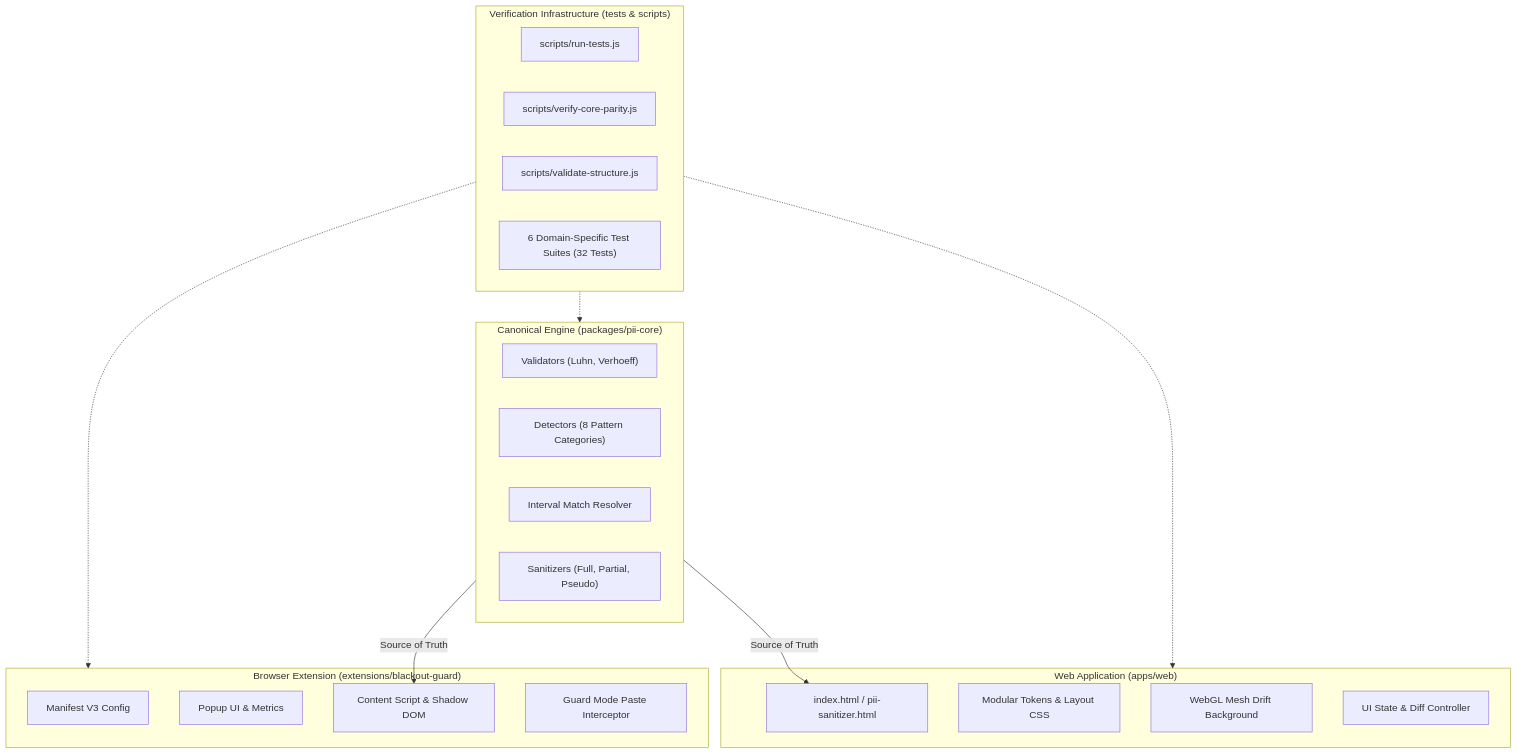
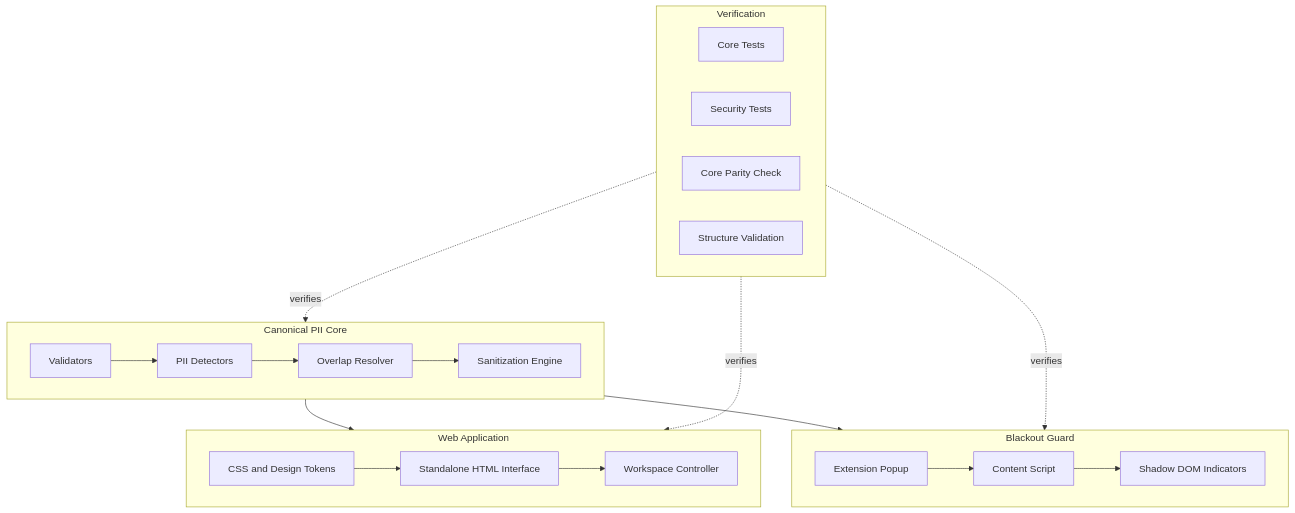
The third of 4 diagrams in README.md (shreyash-bhosale/Blackout), drawn with Mermaid before and after one commit. The commit also changed other lines of this file, not shown here.

````diff
--- a/README.md
+++ b/README.md
@@ -263,36 +204,38 @@
 ```mermaid
 flowchart TB
-    subgraph CanonicalCore ["Canonical Engine (packages/pii-core)"]
-        Validators["Validators (Luhn, Verhoeff)"]
-        Detectors["Detectors (8 Pattern Categories)"]
-        Intervals["Interval Match Resolver"]
-        Sanitizers["Sanitizers (Full, Partial, Pseudo)"]
+    subgraph CORE["Canonical PII Core"]
+        V["Validators"]
+        D["PII Detectors"]
+        R["Overlap Resolver"]
+        S["Sanitization Engine"]
+        V --> D --> R --> S
     end
 
-    subgraph WebPresentation ["Web Application (apps/web)"]
-        WebEntry["index.html / pii-sanitizer.html"]
-        WebStyles["Modular Tokens & Layout CSS"]
-        CanvasDrift["WebGL Mesh Drift Background"]
-        DiffState["UI State & Diff Controller"]
+    subgraph WEB["Web Application"]
+        UI["Standalone HTML Interface"]
+        WCSS["CSS and Design Tokens"]
+        CTRL["Workspace Controller"]
+        UI --> CTRL
+        WCSS --> UI
     end
 
-    subgraph BrowserExt ["Browser Extension (extensions/blackout-guard)"]
-        ExtManifest["Manifest V3 Config"]
-        ExtPopup["Popup UI & Metrics"]
-        ExtContent["Content Script & Shadow DOM"]
-        ExtGuard["Guard Mode Paste Interceptor"]
+    subgraph EXT["Blackout Guard"]
+        POP["Extension Popup"]
+        CONTENT["Content Script"]
+        SHADOW["Shadow DOM Indicators"]
+        POP --> CONTENT --> SHADOW
     end
 
-    subgraph QualityAssurance ["Verification Infrastructure (tests & scripts)"]
-        MasterRunner["scripts/run-tests.js"]
-        ParityScript["scripts/verify-core-parity.js"]
-        StructureValidator["scripts/validate-structure.js"]
-        TestSuites["6 Domain-Specific Test Suites (32 Tests)"]
+    subgraph QA["Verification"]
+        UNIT["Core Tests"]
+        HARD["Security Tests"]
+        PARITY["Core Parity Check"]
+        STRUCT["Structure Validation"]
     end
 
-    CanonicalCore -->|Source of Truth| WebEntry
-    CanonicalCore -->|Source of Truth| ExtContent
-    QualityAssurance -.-> CanonicalCore
-    QualityAssurance -.-> WebPresentation
-    QualityAssurance -.-> BrowserExt
+    CORE --> WEB
+    CORE --> EXT
+    QA -. verifies .-> CORE
+    QA -. verifies .-> WEB
+    QA -. verifies .-> EXT
 ```
````
